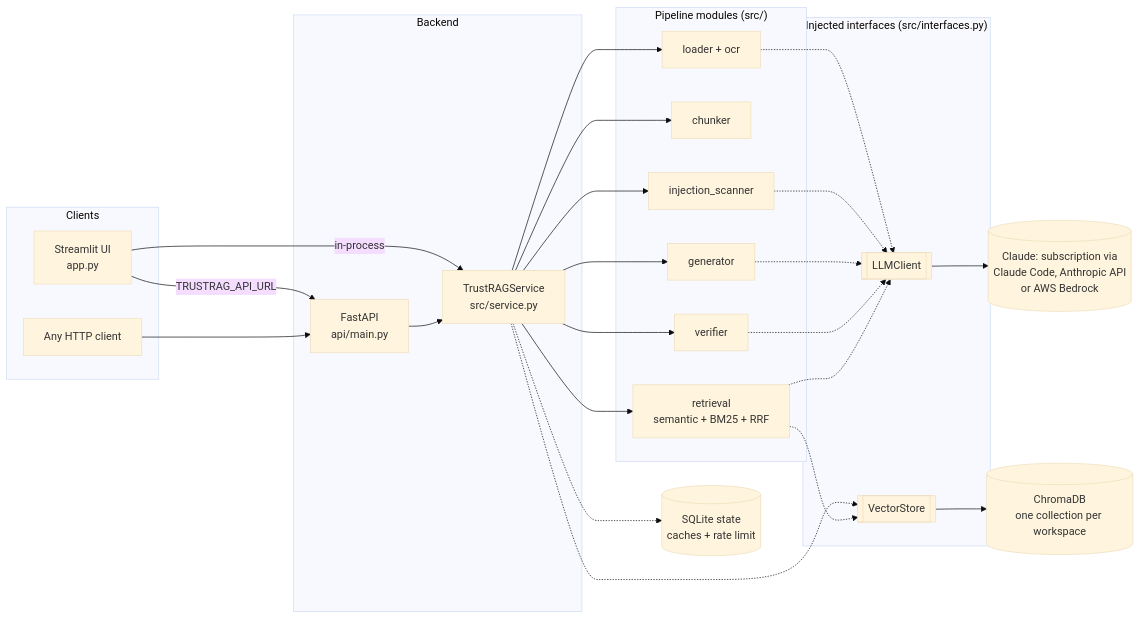
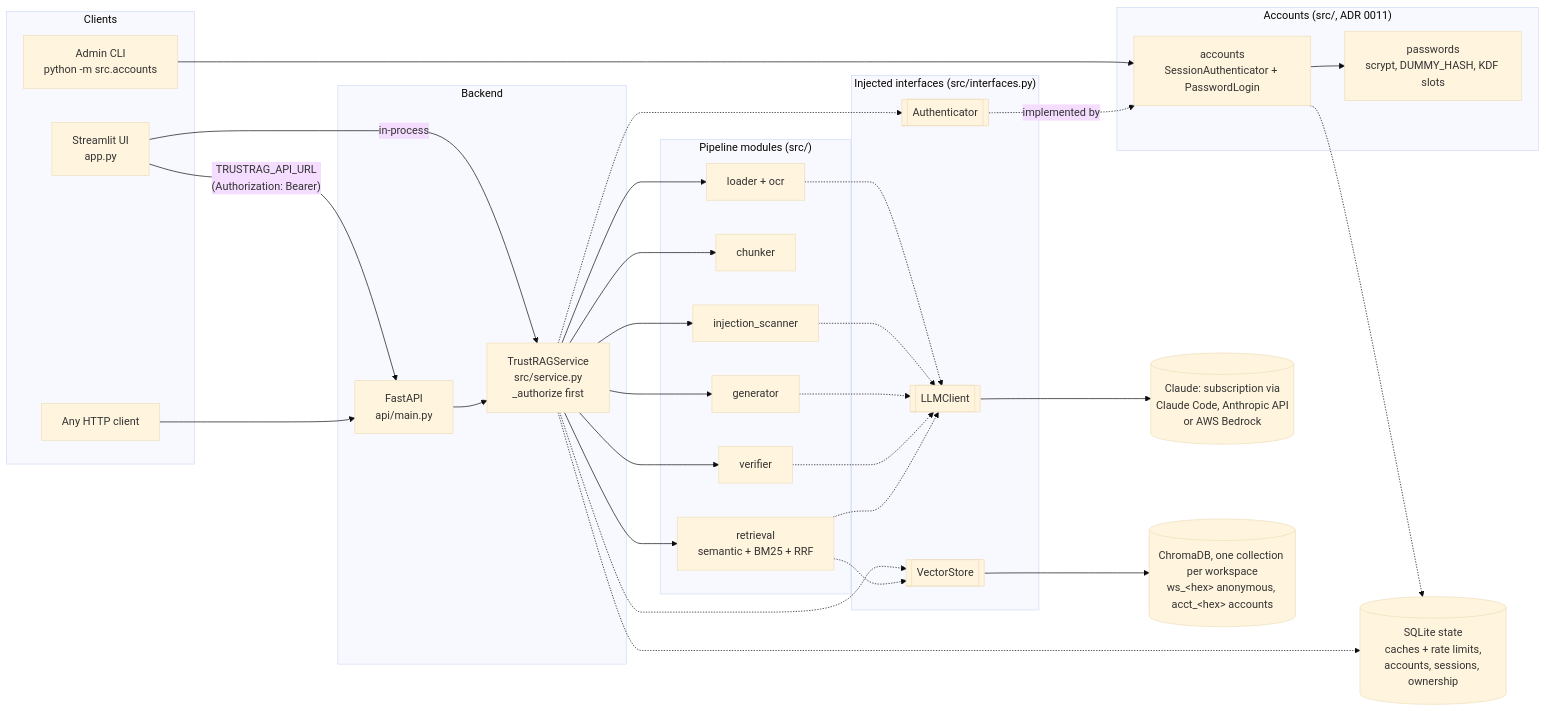
Before and after one commit to Adi-2494/trustrag: the first of 5 diagrams in ARCHITECTURE.md, drawn with Mermaid (base theme). The commit also changed other lines of this file and 38 other files, not shown here.

````diff
--- a/ARCHITECTURE.md
+++ b/ARCHITECTURE.md
@@ -9,32 +9,42 @@
 ```mermaid
 flowchart LR
     subgraph Clients
         UI[Streamlit UI<br/>app.py]
         HTTP[Any HTTP client]
+        CLI["Admin CLI<br/>python -m src.accounts"]
     end
     subgraph Backend
         API[FastAPI<br/>api/main.py]
-        SVC[TrustRAGService<br/>src/service.py]
+        SVC[TrustRAGService<br/>src/service.py<br/>_authorize first]
+    end
+    subgraph Accounts["Accounts (src/, ADR 0011)"]
+        ACC[accounts<br/>SessionAuthenticator + PasswordLogin]
+        PW[passwords<br/>scrypt, DUMMY_HASH, KDF slots]
     end
     subgraph Pipeline["Pipeline modules (src/)"]
         LOAD[loader + ocr]
         CHUNK[chunker]
         SCAN[injection_scanner]
         RET[retrieval<br/>semantic + BM25 + RRF]
         GEN[generator]
         VER[verifier]
     end
     subgraph Ports["Injected interfaces (src/interfaces.py)"]
         LLM[[LLMClient]]
         VS[[VectorStore]]
+        AUTH[[Authenticator]]
     end
     UI -- in-process --> SVC
-    UI -- TRUSTRAG_API_URL --> API
+    UI -- "TRUSTRAG_API_URL<br/>(Authorization: Bearer)" --> API
     HTTP --> API --> SVC
+    CLI --> ACC
     SVC --> LOAD & CHUNK & SCAN & RET & GEN & VER
     LOAD & SCAN & GEN & VER & RET -.-> LLM
     SVC & RET -.-> VS
+    SVC -.-> AUTH
+    AUTH -. implemented by .-> ACC
+    ACC --> PW
     LLM --> CLAUDE[(Claude: subscription via<br/>Claude Code, Anthropic API<br/>or AWS Bedrock)]
-    VS --> CHROMA[(ChromaDB<br/>one collection per workspace)]
-    SVC -.-> STATE[(SQLite state<br/>caches + rate limit)]
+    VS --> CHROMA[(ChromaDB, one collection per workspace<br/>ws_&lt;hex&gt; anonymous, acct_&lt;hex&gt; accounts)]
+    SVC & ACC -.-> STATE[(SQLite state<br/>caches + rate limits,<br/>accounts, sessions, ownership)]
 ```
````
